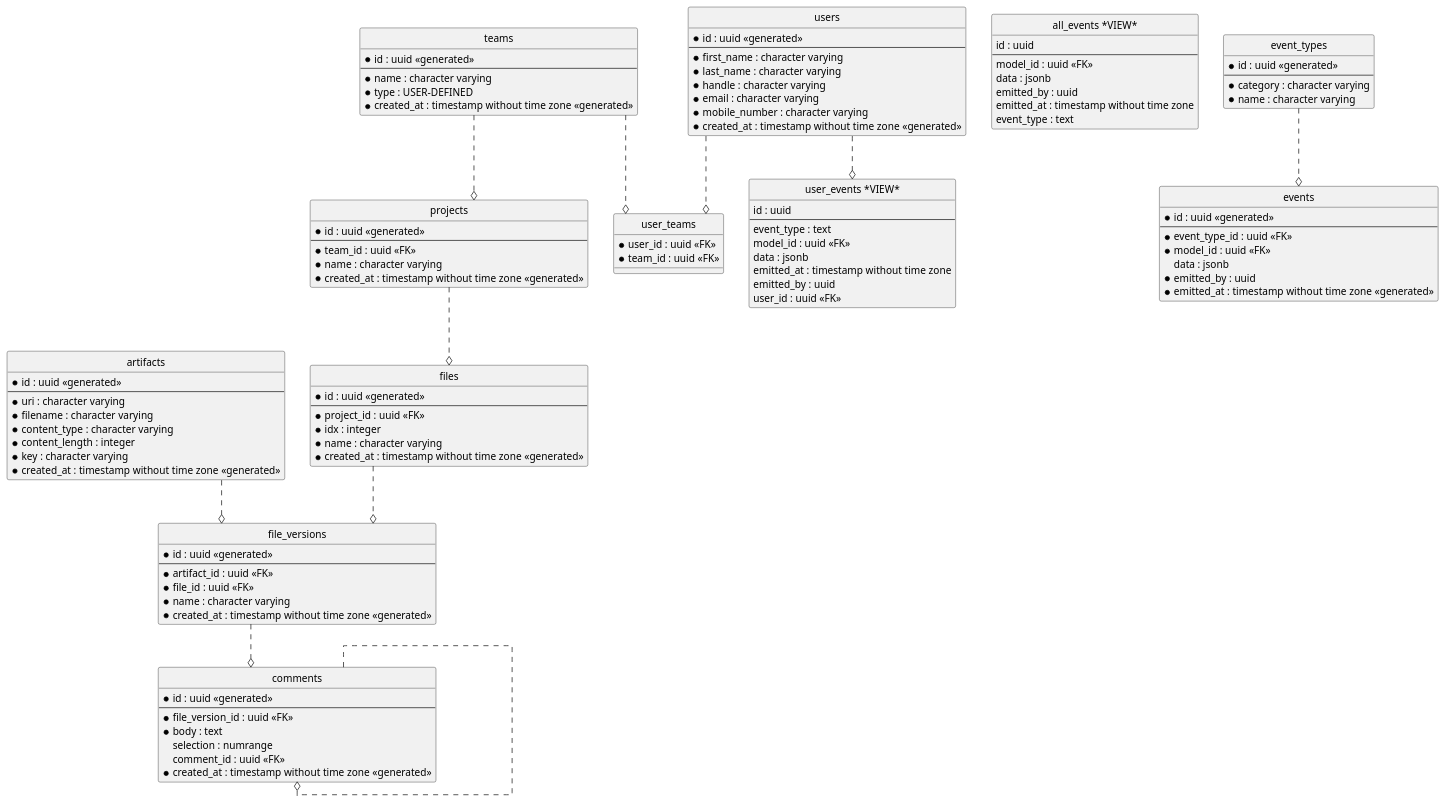
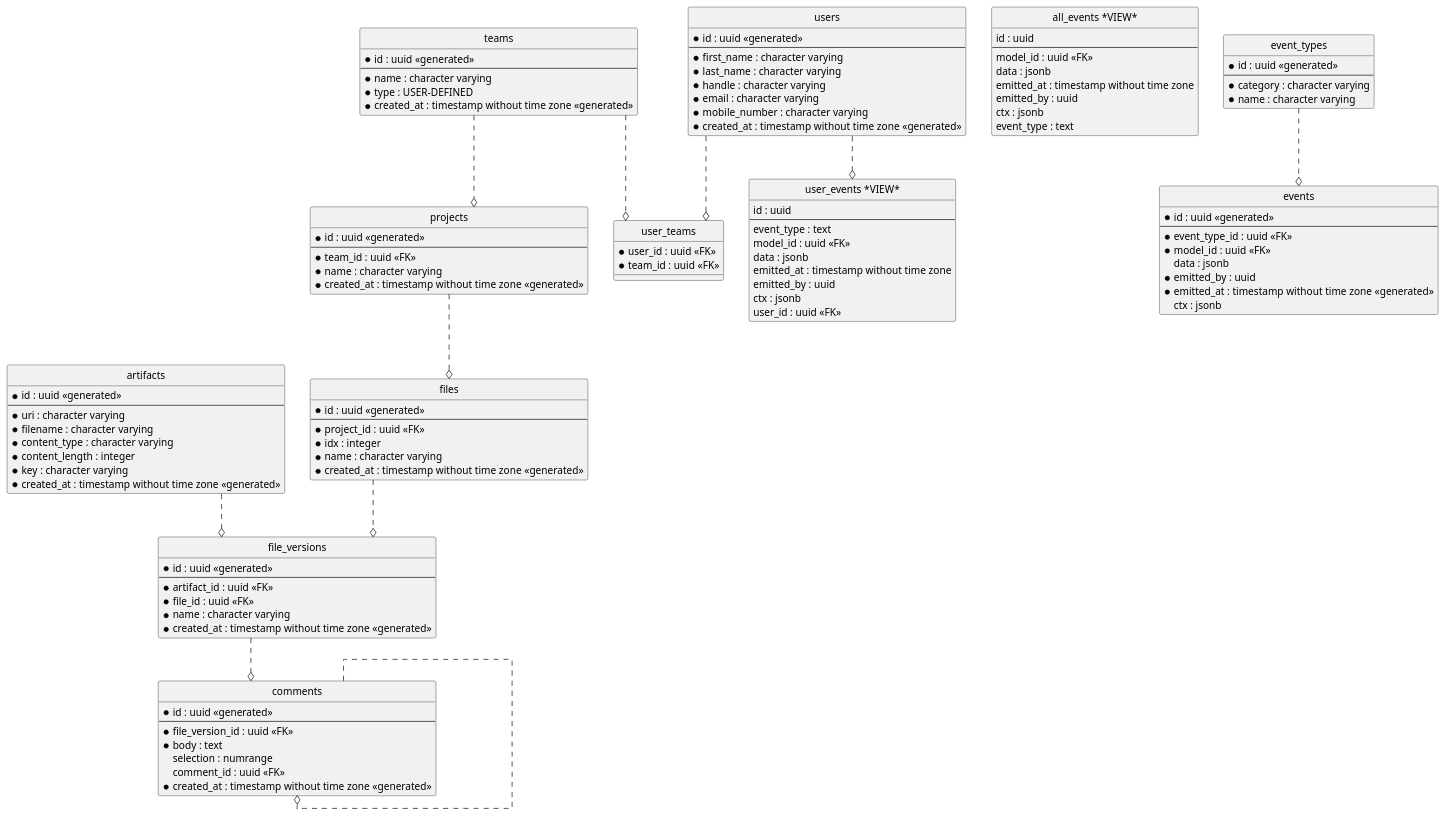
The diagram in resources/db/erd.puml (skuttleman/audiophile), drawn with PlantUML before and after one commit. The commit also changed 3 other files, not shown here.

```diff
--- a/resources/db/erd.puml
+++ b/resources/db/erd.puml
@@ -1,125 +1,128 @@
 @startuml
 hide circle
 skinparam linetype ortho
 
 entity "artifacts" as artifacts {
   * id : uuid <<generated>>
   --
   * uri : character varying
   * filename : character varying
   * content_type : character varying
   * content_length : integer
   * key : character varying
   * created_at : timestamp without time zone <<generated>>
 }
 
 entity "teams" as teams {
   * id : uuid <<generated>>
   --
   * name : character varying
   * type : USER-DEFINED
   * created_at : timestamp without time zone <<generated>>
 }
 
 entity "files" as files {
   * id : uuid <<generated>>
   --
   * project_id : uuid <<FK>>
   * idx : integer
   * name : character varying
   * created_at : timestamp without time zone <<generated>>
 }
 
 entity "all_events *VIEW*" as all_events {
   id : uuid
   --
   model_id : uuid <<FK>>
   data : jsonb
+  emitted_at : timestamp without time zone
   emitted_by : uuid
-  emitted_at : timestamp without time zone
+  ctx : jsonb
   event_type : text
 }
 
 entity "event_types" as event_types {
   * id : uuid <<generated>>
   --
   * category : character varying
   * name : character varying
 }
 
 entity "users" as users {
   * id : uuid <<generated>>
   --
   * first_name : character varying
   * last_name : character varying
   * handle : character varying
   * email : character varying
   * mobile_number : character varying
   * created_at : timestamp without time zone <<generated>>
 }
 
 entity "file_versions" as file_versions {
   * id : uuid <<generated>>
   --
   * artifact_id : uuid <<FK>>
   * file_id : uuid <<FK>>
   * name : character varying
   * created_at : timestamp without time zone <<generated>>
 }
 
 entity "events" as events {
   * id : uuid <<generated>>
   --
   * event_type_id : uuid <<FK>>
   * model_id : uuid <<FK>>
   data : jsonb
   * emitted_by : uuid
   * emitted_at : timestamp without time zone <<generated>>
+  ctx : jsonb
 }
 
 entity "comments" as comments {
   * id : uuid <<generated>>
   --
   * file_version_id : uuid <<FK>>
   * body : text
   selection : numrange
   comment_id : uuid <<FK>>
   * created_at : timestamp without time zone <<generated>>
 }
 
 entity "projects" as projects {
   * id : uuid <<generated>>
   --
   * team_id : uuid <<FK>>
   * name : character varying
   * created_at : timestamp without time zone <<generated>>
 }
 
 entity "user_teams" as user_teams {
   * user_id : uuid <<FK>>
   * team_id : uuid <<FK>>
 }
 
 entity "user_events *VIEW*" as user_events {
   id : uuid
   --
   event_type : text
   model_id : uuid <<FK>>
   data : jsonb
   emitted_at : timestamp without time zone
   emitted_by : uuid
+  ctx : jsonb
   user_id : uuid <<FK>>
 }
 
 projects ..o files
 artifacts ..o file_versions
 files ..o file_versions
 event_types ..o events
 file_versions ..o comments
 comments ..o comments
 teams ..o projects
 users ..o user_teams
 teams ..o user_teams
 users ..o user_events
 
 @enduml
```
